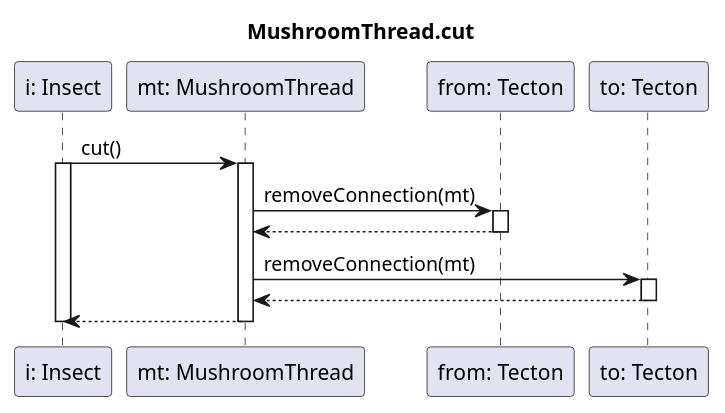
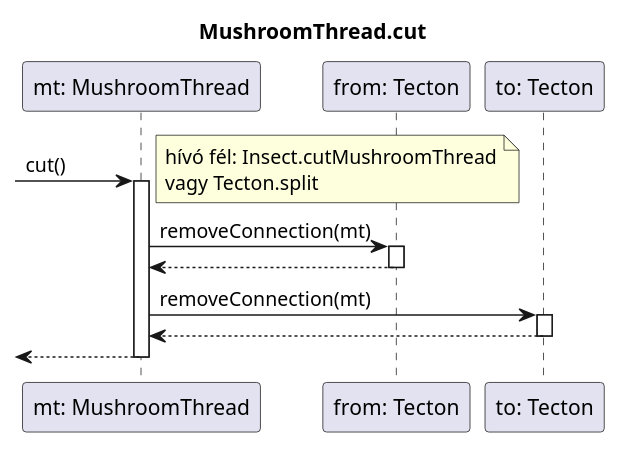
One commit to dzsem/projlab changed the diagram in diagrams/sequence/mushroom/mushroom_thread/cut.wsd. Above: the diagram before and after it, drawn with PlantUML. The commit also changed 6 other files, not shown here.

Commit message:
Added references to tecton and cutting related diagrams

```diff
--- a/diagrams/sequence/mushroom/mushroom_thread/cut.wsd
+++ b/diagrams/sequence/mushroom/mushroom_thread/cut.wsd
@@ -1,28 +1,25 @@
 @startuml Cut
 title MushroomThread.cut
 
-participant "i: Insect" as insect
 participant "mt: MushroomThread" as mt
 participant "from: Tecton" as from
 participant "to: Tecton" as to
 
-
-insect -> mt : cut()
-activate insect
+-> mt : cut()
+note right: hívó fél: Insect.cutMushroomThread\nvagy Tecton.split
 activate mt
 
 mt -> from : removeConnection(mt)
 activate from
 from --> mt
 deactivate from
 
 mt -> to : removeConnection(mt)
 activate to
 to --> mt
 deactivate to
 
-insect <-- mt
+<-- mt
 deactivate mt
-deactivate insect
 
 @enduml
```
